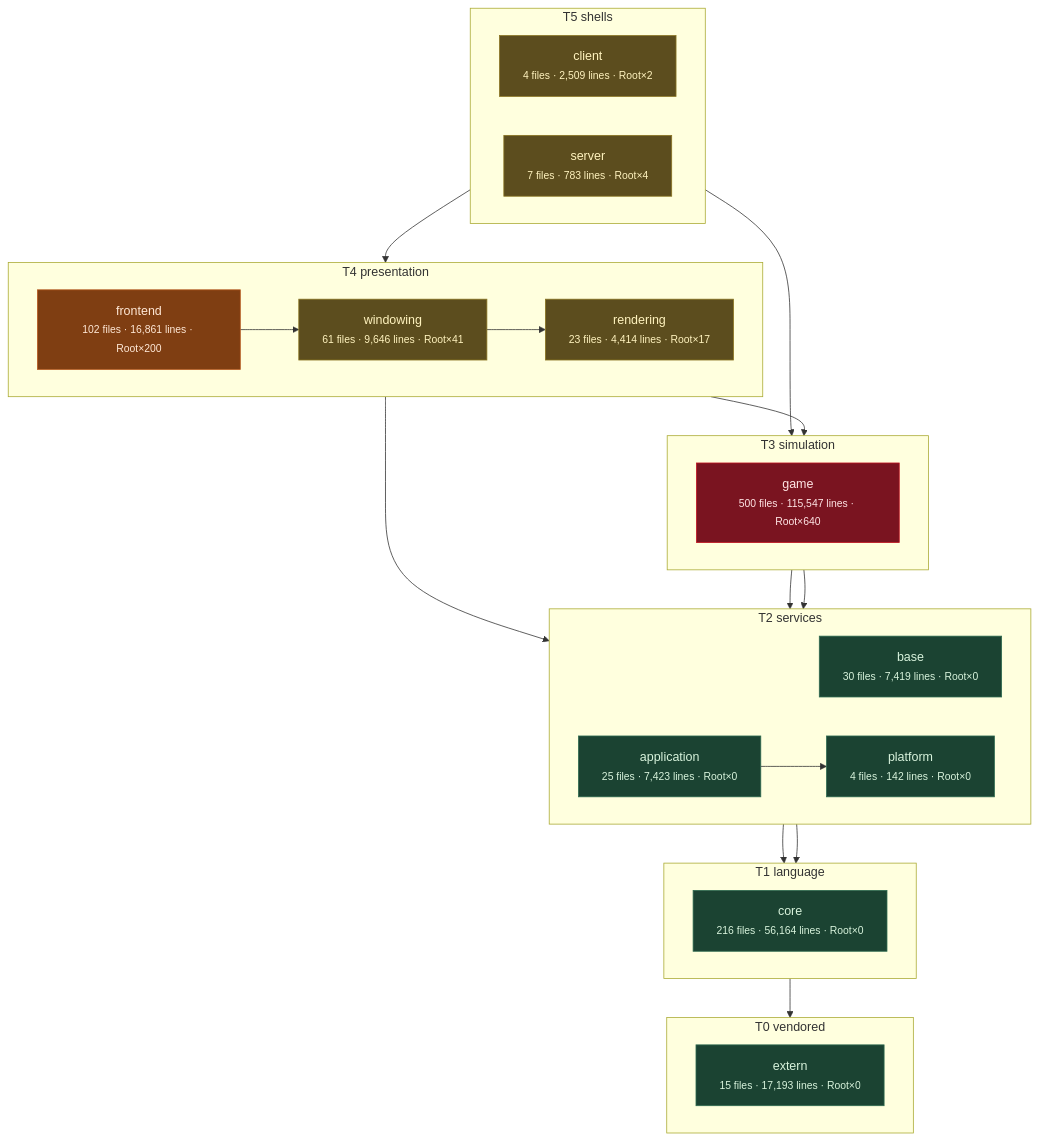
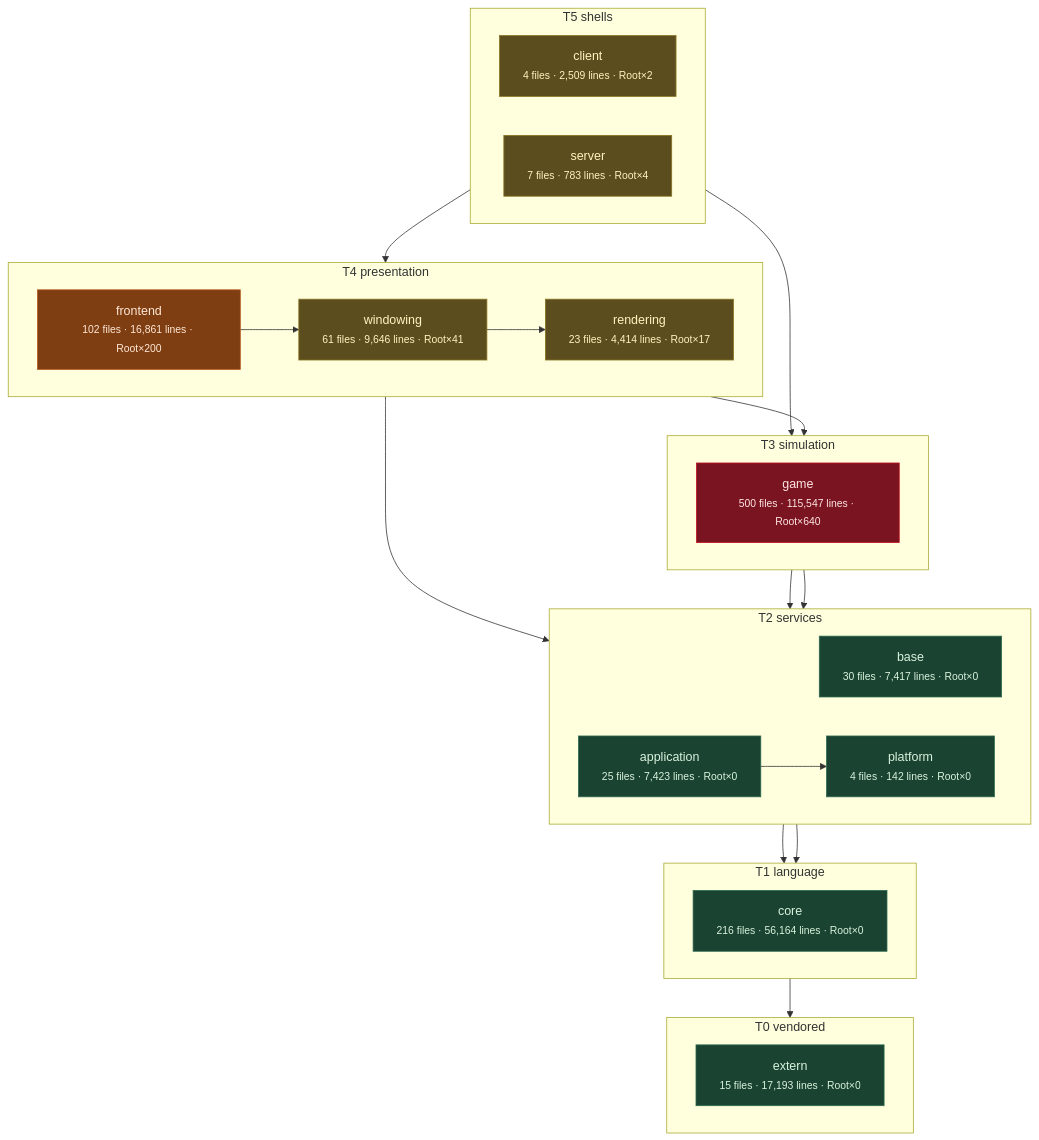
One commit to apnex/OpenStarbound changed the third of 11 diagrams in docs/architecture/system-boundaries.md. Above: the diagram before and after it, drawn with Mermaid. The commit also changed other lines of this file and 2 other files, not shown here.

````diff
--- a/docs/architecture/system-boundaries.md
+++ b/docs/architecture/system-boundaries.md
@@ -270,52 +270,52 @@
 ```mermaid
 flowchart TD
   subgraph T0["T0 vendored"]
     direction LR
     extern["extern<br/><small>15 files · 17,193 lines · Root×0</small>"]
   end
   subgraph T1["T1 language"]
     direction LR
     core["core<br/><small>216 files · 56,164 lines · Root×0</small>"]
   end
   subgraph T2["T2 services"]
     direction LR
-    base["base<br/><small>30 files · 7,419 lines · Root×0</small>"]
+    base["base<br/><small>30 files · 7,417 lines · Root×0</small>"]
     platform["platform<br/><small>4 files · 142 lines · Root×0</small>"]
     application["application<br/><small>25 files · 7,423 lines · Root×0</small>"]
   end
   subgraph T3["T3 simulation"]
     direction LR
     game["game<br/><small>500 files · 115,547 lines · Root×640</small>"]
   end
   subgraph T4["T4 presentation"]
     direction LR
     rendering["rendering<br/><small>23 files · 4,414 lines · Root×17</small>"]
     windowing["windowing<br/><small>61 files · 9,646 lines · Root×41</small>"]
     frontend["frontend<br/><small>102 files · 16,861 lines · Root×200</small>"]
   end
   subgraph T5["T5 shells"]
     direction LR
     client["client<br/><small>4 files · 2,509 lines · Root×2</small>"]
     server["server<br/><small>7 files · 783 lines · Root×4</small>"]
   end
   core --> extern
   base --> core
   platform --> core
   application --> platform
   game --> base
   game --> platform
   rendering --> application
   rendering --> game
   windowing --> rendering
   frontend --> windowing
   client --> frontend
   server --> game
   classDef clean fill:#1b4332,stroke:#2d6a4f,color:#d8f3dc
   classDef warm  fill:#5c4d1e,stroke:#8a7420,color:#fff3bf
   classDef hot   fill:#7f3e12,stroke:#b5561b,color:#ffe8d6
   classDef blaze fill:#7a1420,stroke:#c1121f,color:#ffe5e5
   class extern,core,base,platform,application clean
   class rendering,windowing,client,server warm
   class frontend hot
   class game blaze
 ```
````
